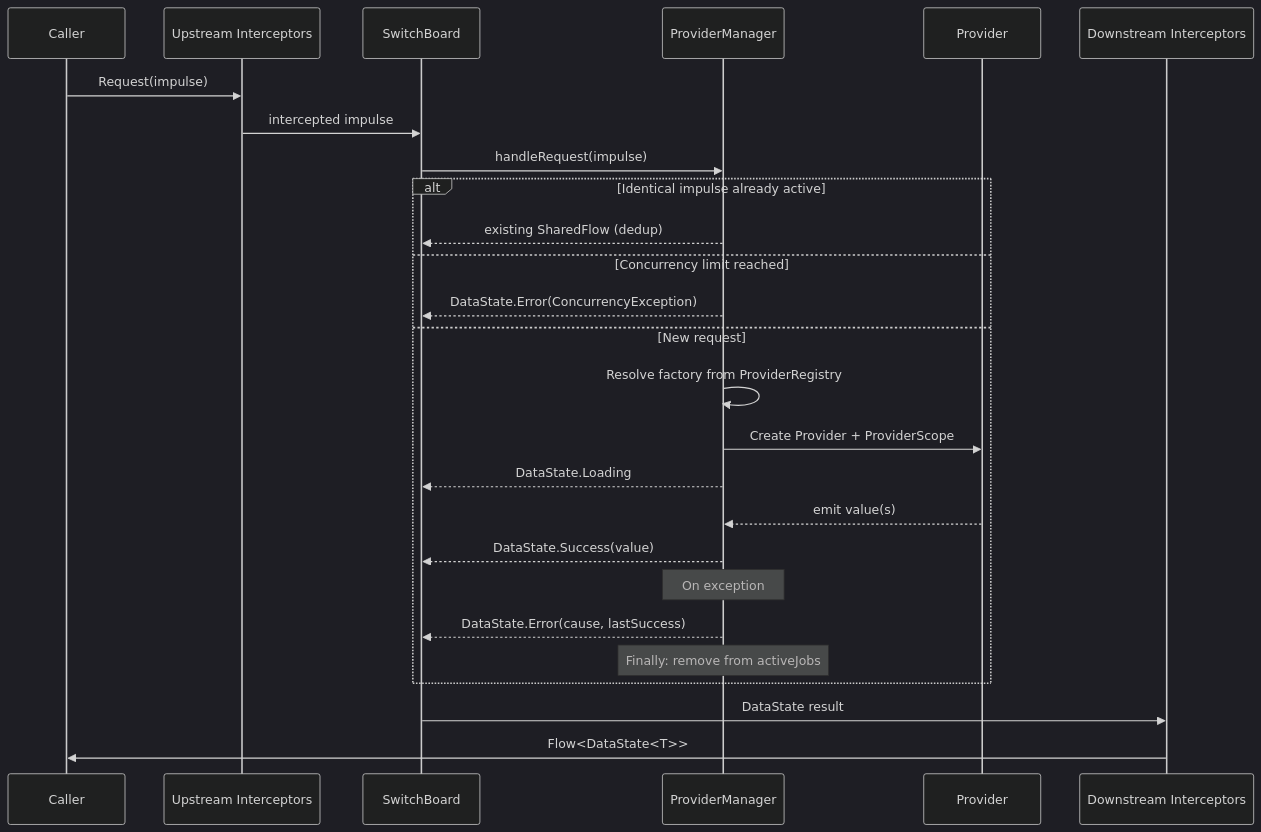
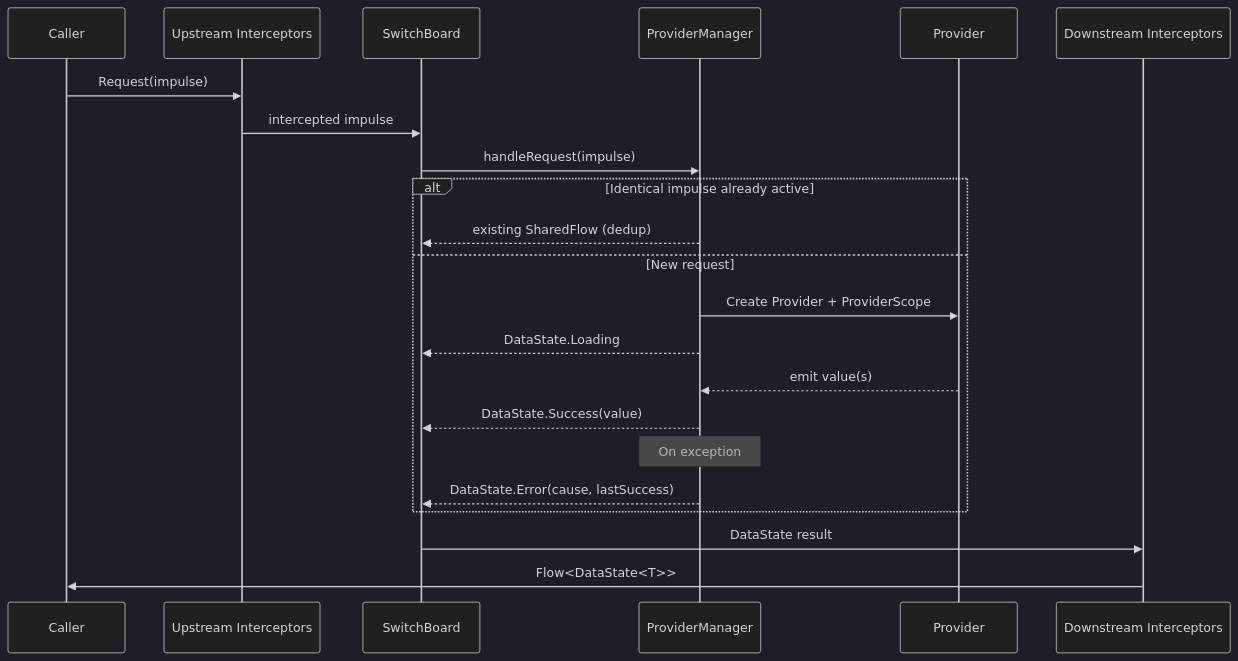
One commit to coreywaldon/synapse changed the fifth of 7 diagrams in arch/README.md. Above: the diagram before and after it, drawn with Mermaid (dark theme). The commit also changed other lines of this file and 7 other files, not shown here.

````diff
--- a/arch/README.md
+++ b/arch/README.md
@@ -1054,31 +1067,27 @@
 ```mermaid
 sequenceDiagram
     participant C as Caller
     participant UP as Upstream Interceptors
     participant SB as SwitchBoard
     participant PM as ProviderManager
     participant PR as Provider
     participant DN as Downstream Interceptors
 
     C->>UP: Request(impulse)
     UP->>SB: intercepted impulse
     SB->>PM: handleRequest(impulse)
 
     alt Identical impulse already active
         PM-->>SB: existing SharedFlow (dedup)
-    else Concurrency limit reached
-        PM-->>SB: DataState.Error(ConcurrencyException)
     else New request
-        PM->>PM: Resolve factory from ProviderRegistry
         PM->>PR: Create Provider + ProviderScope
         PM-->>SB: DataState.Loading
         PR-->>PM: emit value(s)
         PM-->>SB: DataState.Success(value)
         Note over PM: On exception
         PM-->>SB: DataState.Error(cause, lastSuccess)
-        Note over PM: Finally: remove from activeJobs
     end
 
     SB->>DN: DataState result
     DN->>C: Flow<DataState<T>>
 ```
````
